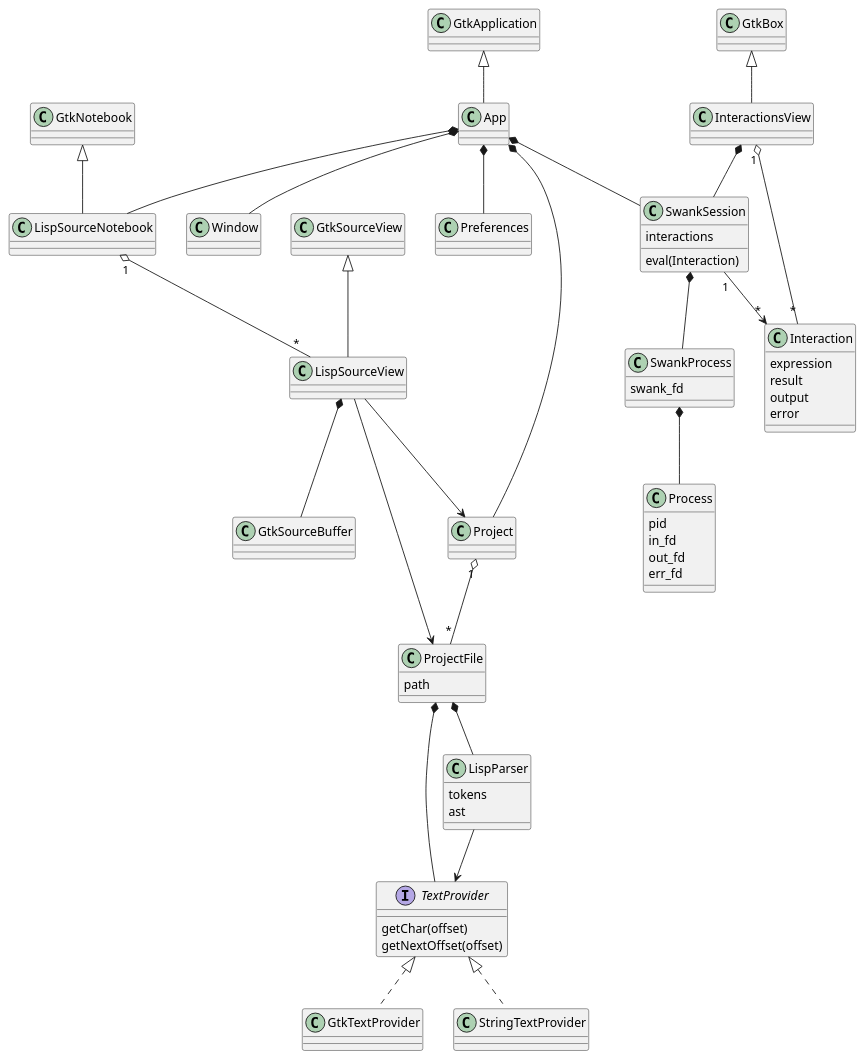
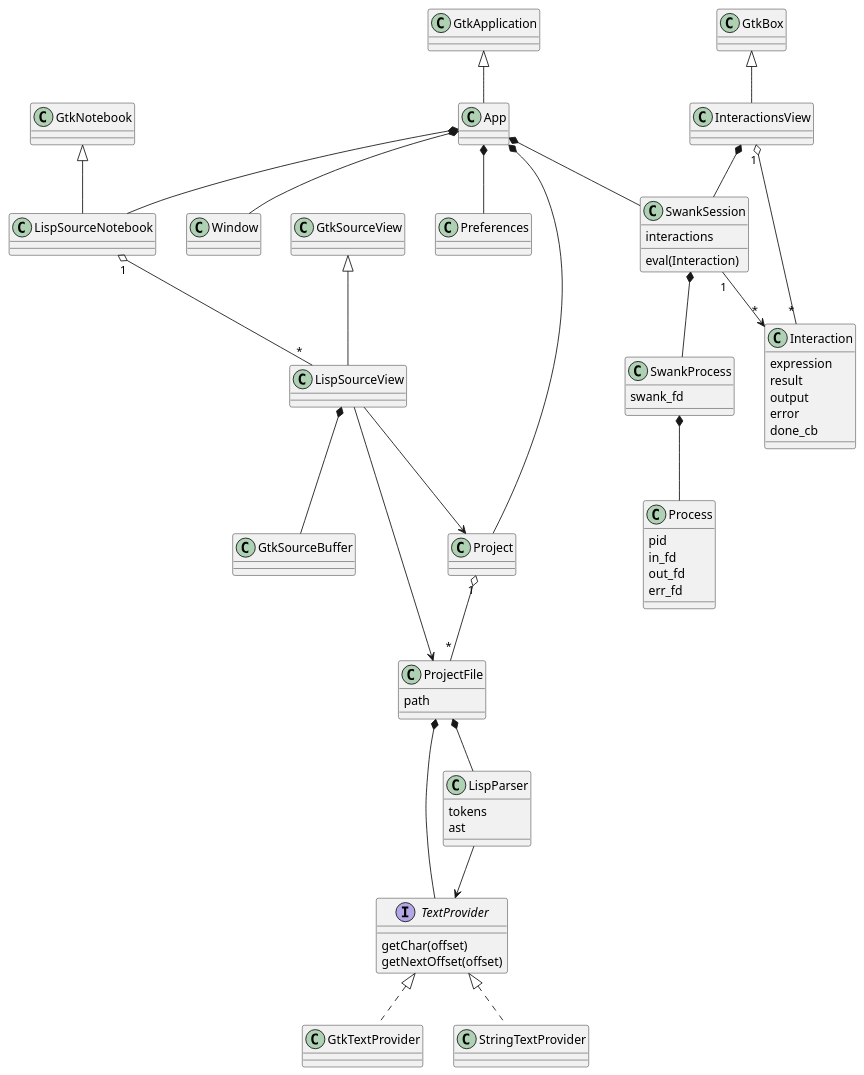
One commit to JeromeA/glide changed the diagram in doc/classes.plantuml. Above: the diagram before and after it, drawn with PlantUML. The commit also changed 4 other files, not shown here.

```diff
--- a/doc/classes.plantuml
+++ b/doc/classes.plantuml
@@ -1,51 +1,52 @@
 @startuml
 
 GtkApplication <|-- App
 App *-- Project
 App *-- SwankSession
 App *-- Window
 App *-- LispSourceNotebook
 App *-- Preferences
 
 GtkSourceView <|-- LispSourceView
 LispSourceView *-- GtkSourceBuffer
 LispSourceView --> Project
 LispSourceView --> ProjectFile
 GtkNotebook <|-- LispSourceNotebook
 LispSourceNotebook "1" o-- "*" LispSourceView
 
 Project "1" o-- "*" ProjectFile
 
 ProjectFile *-- LispParser
 ProjectFile *-- TextProvider
 ProjectFile : path
 
 GtkBox <|-- InteractionsView
 InteractionsView "1" o-- "*" Interaction
 InteractionsView *-- SwankSession
 Interaction : expression
 Interaction : result
 Interaction : output
 Interaction : error
+Interaction : done_cb
 SwankSession : eval(Interaction)
 SwankSession : interactions
 SwankSession "1" --> "*" Interaction
 SwankSession *-- SwankProcess
 SwankProcess *-- Process
 SwankProcess : swank_fd
 
 Process : pid
 Process : in_fd
 Process : out_fd
 Process : err_fd
 
 LispParser : tokens
 LispParser : ast
 LispParser --> TextProvider
 interface TextProvider
 TextProvider <|.. GtkTextProvider
 TextProvider <|.. StringTextProvider
 TextProvider : getChar(offset)
 TextProvider : getNextOffset(offset)
 
 @enduml
```
